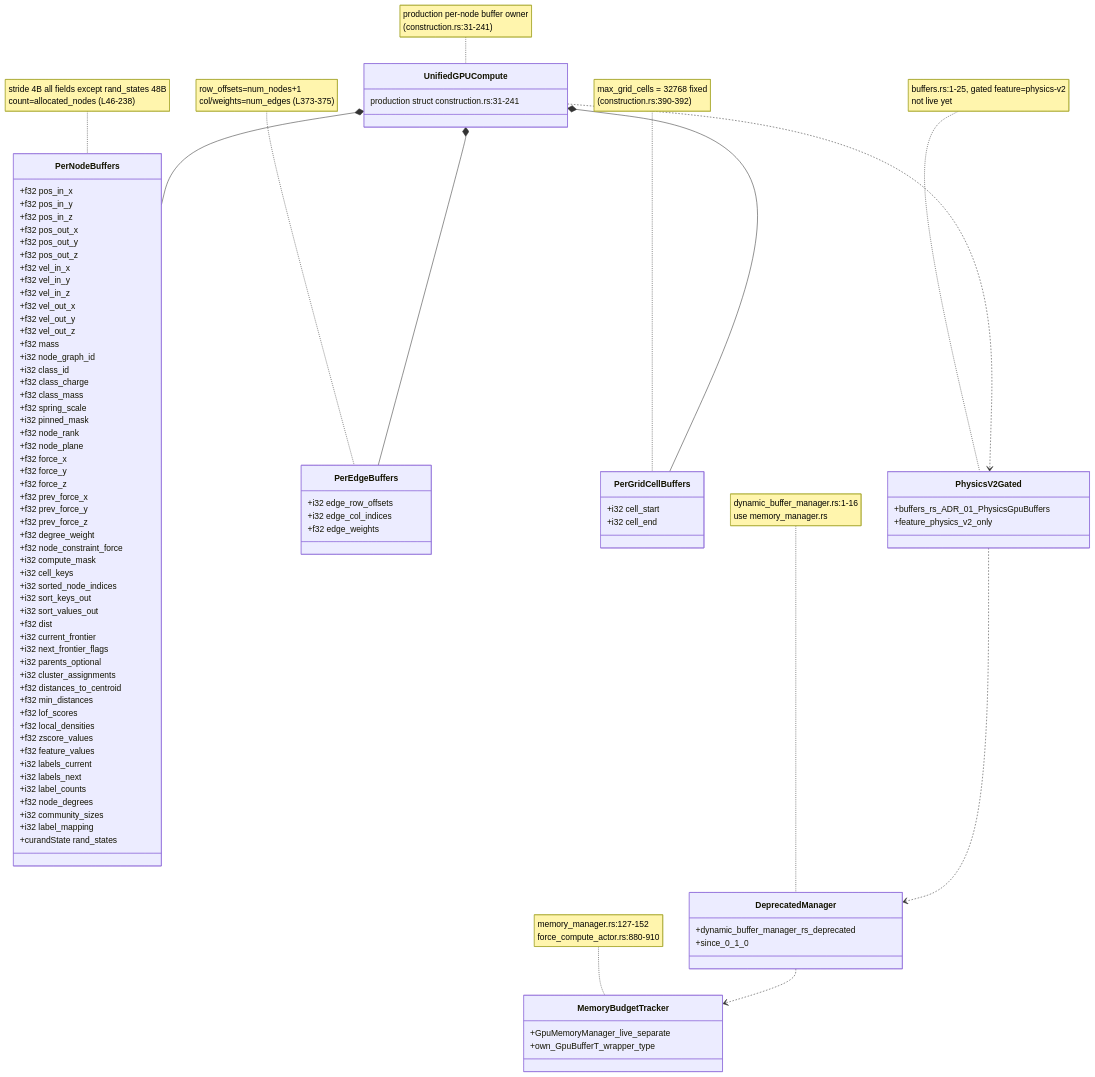
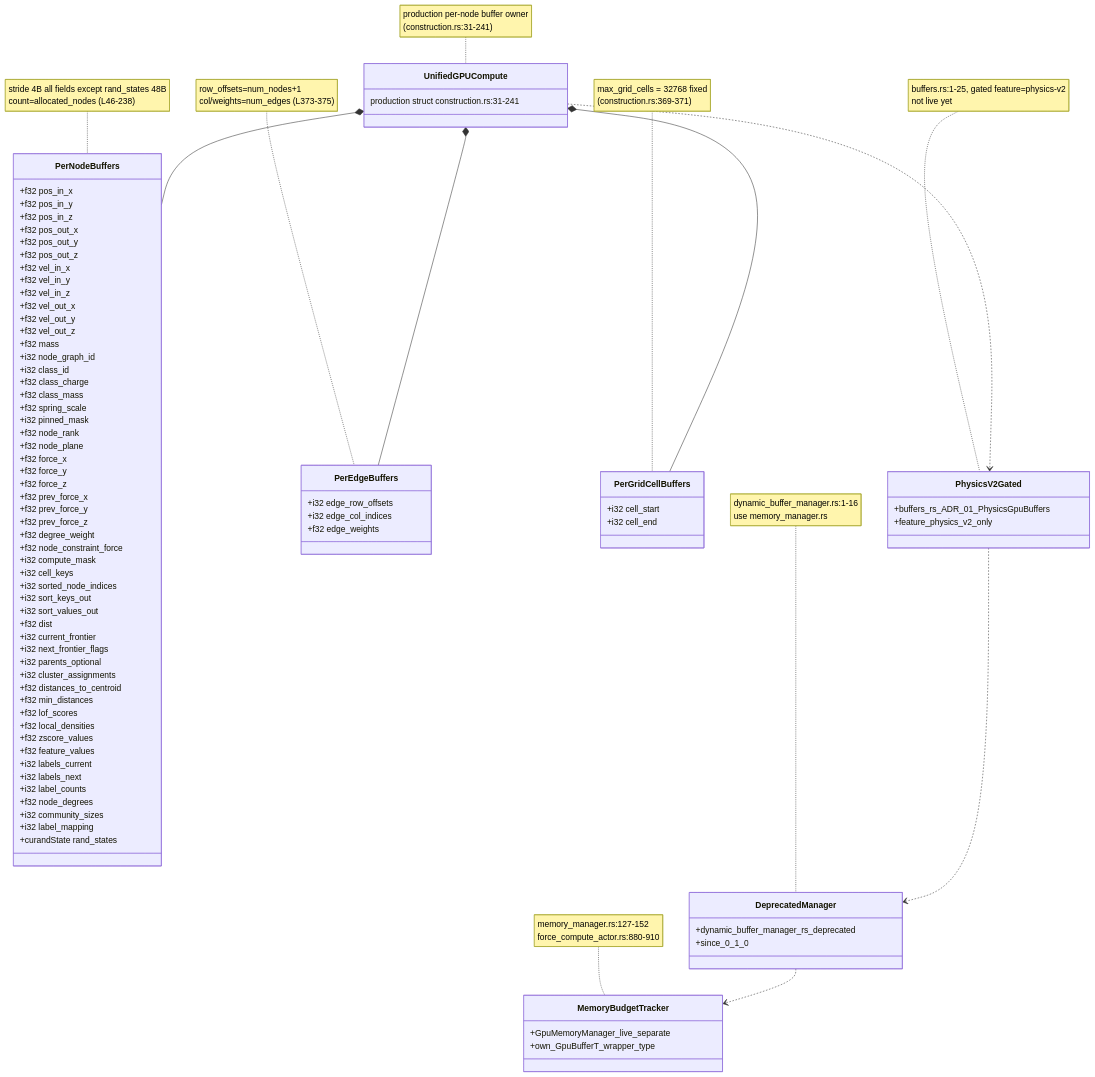
The third of 7 diagrams in docs/diagrams/visionclaw/12-simparams-abi-and-ptx.md (DreamLab-AI/AR-AI-Knowledge-Graph), drawn with Mermaid before and after one commit. The commit also changed other lines of this file and 172 other files, not shown here.

```diff
--- a/docs/diagrams/visionclaw/12-simparams-abi-and-ptx.md
+++ b/docs/diagrams/visionclaw/12-simparams-abi-and-ptx.md
@@ -232,7 +232,7 @@
 
     note for PerNodeBuffers "stride 4B all fields except rand_states 48B<br/>count=allocated_nodes (L46-238)"
     note for PerEdgeBuffers "row_offsets=num_nodes+1<br/>col/weights=num_edges (L373-375)"
-    note for PerGridCellBuffers "max_grid_cells = 32768 fixed<br/>(construction.rs:390-392)"
+    note for PerGridCellBuffers "max_grid_cells = 32768 fixed<br/>(construction.rs:369-371)"
     note for UnifiedGPUCompute "production per-node buffer owner<br/>(construction.rs:31-241)"
     note for PhysicsV2Gated "buffers.rs:1-25, gated feature=physics-v2<br/>not live yet"
     note for DeprecatedManager "dynamic_buffer_manager.rs:1-16<br/>use memory_manager.rs"
```
